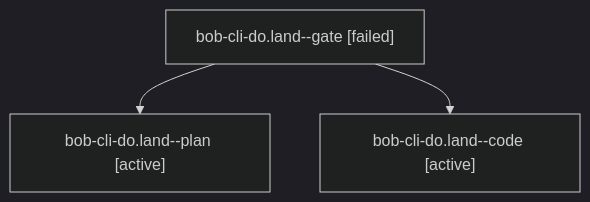
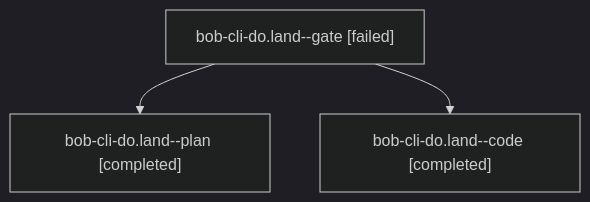
One commit to bobs-org/bob-cli--agents changed the diagram in sessions/bbugyi200.athena.bob-cli-do.land.md. Above: the diagram before and after it, drawn with Mermaid (dark theme). The commit also changed other lines of this file and 139 other files, not shown here.

````diff
--- a/sessions/bbugyi200.athena.bob-cli-do.land.md
+++ b/sessions/bbugyi200.athena.bob-cli-do.land.md
@@ -9,8 +9,8 @@
 ```mermaid
 flowchart TD
   n0["bob-cli-do.land--gate [failed]"]
-  n1["bob-cli-do.land--plan [active]"]
+  n1["bob-cli-do.land--plan [completed]"]
   n0 --> n1
-  n2["bob-cli-do.land--code [active]"]
+  n2["bob-cli-do.land--code [completed]"]
   n0 --> n2
 ```
````
